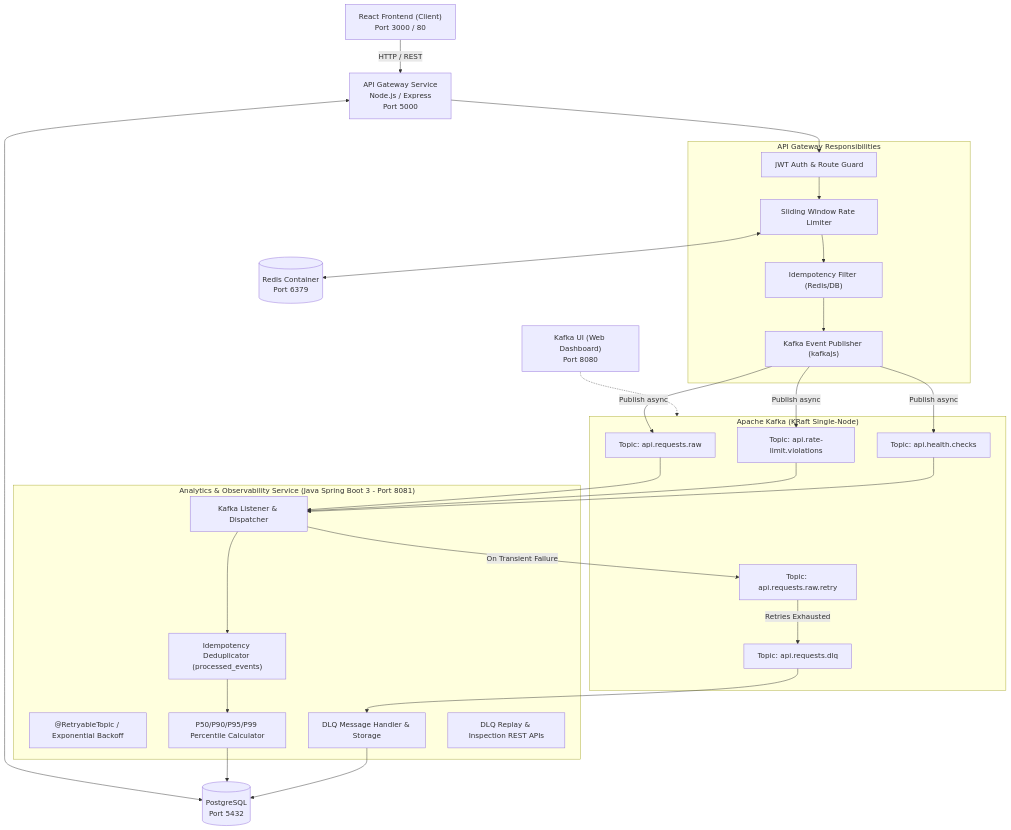
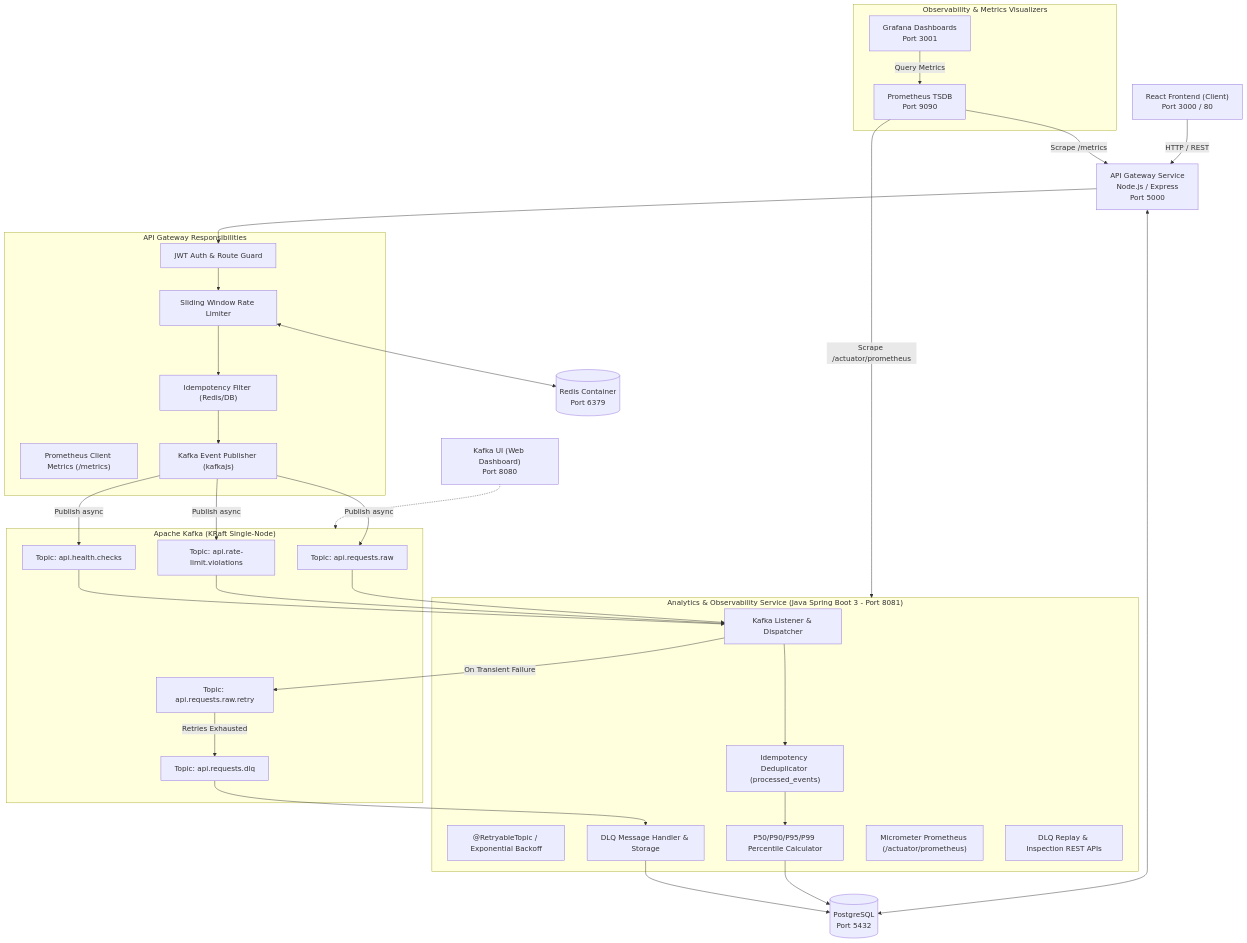
Before and after one commit to saiyeshwin/api-rate-limiting: the diagram in README.md, drawn with Mermaid. The commit also changed other lines of this file and 14 other files, not shown here.

Commit message:
feat(observability): add Prometheus scraping, Grafana dashboards, Micrometer Actuator, prom-client telemetry, and refined idempotency wording

````diff
--- a/README.md
+++ b/README.md
@@ -9,46 +9,57 @@
 ```mermaid
 flowchart TD
     Client["React Frontend (Client)\nPort 3000 / 80"] -->|HTTP / REST| Gateway["API Gateway Service\nNode.js / Express\nPort 5000"]
     
     subgraph Gateway_Internal ["API Gateway Responsibilities"]
         Auth["JWT Auth & Route Guard"]
         RateLimiter["Sliding Window Rate Limiter"]
         IdempotencyMW["Idempotency Filter (Redis/DB)"]
+        PromClient["Prometheus Client Metrics (/metrics)"]
         KafkaProducer["Kafka Event Publisher (kafkajs)"]
     end
     
     Gateway --> Auth --> RateLimiter --> IdempotencyMW --> KafkaProducer
     RateLimiter <--> Redis[("Redis Container\nPort 6379")]
     Gateway <--> Postgres[("PostgreSQL\nPort 5432")]
     
     subgraph Kafka_Broker ["Apache Kafka (KRaft Single-Node)"]
         RawTopic["Topic: api.requests.raw"]
         ViolationTopic["Topic: api.rate-limit.violations"]
         HealthTopic["Topic: api.health.checks"]
         RetryTopic["Topic: api.requests.raw.retry"]
         DLQTopic["Topic: api.requests.dlq"]
     end
     
     KafkaProducer -->|Publish async| RawTopic
     KafkaProducer -->|Publish async| ViolationTopic
     KafkaProducer -->|Publish async| HealthTopic
     
     subgraph Analytics_Microservice ["Analytics & Observability Service (Java Spring Boot 3 - Port 8081)"]
         Consumer["Kafka Listener & Dispatcher"]
         IdempotencyService["Idempotency Deduplicator (processed_events)"]
         RetryManager["@RetryableTopic / Exponential Backoff"]
         DLQHandler["DLQ Message Handler & Storage"]
         MetricsAggregator["P50/P90/P95/P99 Percentile Calculator"]
+        MicrometerExporter["Micrometer Prometheus (/actuator/prometheus)"]
         DLQController["DLQ Replay & Inspection REST APIs"]
     end
     
     RawTopic --> Consumer
     ViolationTopic --> Consumer
     HealthTopic --> Consumer
     
     Consumer --> IdempotencyService --> MetricsAggregator --> Postgres
     Consumer -->|On Transient Failure| RetryTopic -->|Retries Exhausted| DLQTopic
     DLQTopic --> DLQHandler --> Postgres
     
+    subgraph Observability_Stack ["Observability & Metrics Visualizers"]
+        Prometheus["Prometheus TSDB\nPort 9090"]
+        Grafana["Grafana Dashboards\nPort 3001"]
+    end
+    
+    Prometheus -->|Scrape /metrics| Gateway
+    Prometheus -->|Scrape /actuator/prometheus| Analytics_Microservice
+    Grafana -->|Query Metrics| Prometheus
+    
     KafkaUI["Kafka UI (Web Dashboard)\nPort 8080"] -.-> Kafka_Broker
 ```
````
